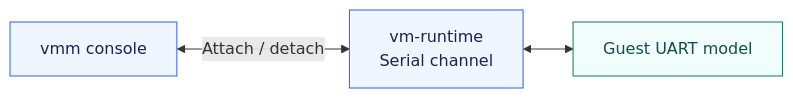
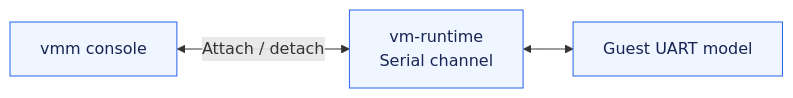
The ninth of 9 diagrams in docs/reading-the-code.md (HypeR-Proj/HypeR), drawn with Mermaid before and after one commit. The commit also changed other lines of this file and 101 other files, not shown here.

````diff
--- a/docs/reading-the-code.md
+++ b/docs/reading-the-code.md
@@ -675,9 +676,8 @@
 ```mermaid
 flowchart LR
     vmm["vmm console"] <-->|Attach / detach| runtime["vm-runtime<br/>Serial channel"]
     runtime <--> model["Guest UART model"]
-    class vmm,runtime app
-    class model core
+    class vmm,runtime,model app
     classDef app fill:#eff6ff,stroke:#2563eb,color:#172554
     classDef core fill:#f0fdfa,stroke:#0f766e,color:#134e4a
 ```
````
